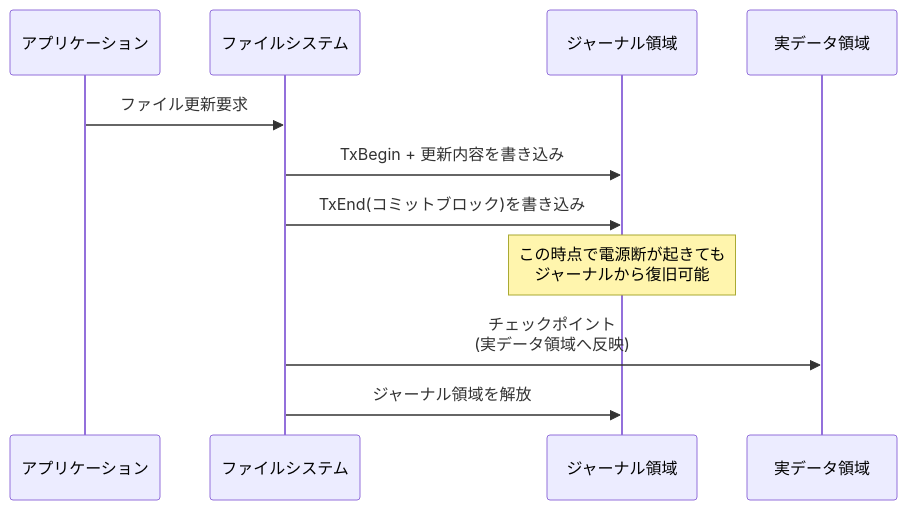
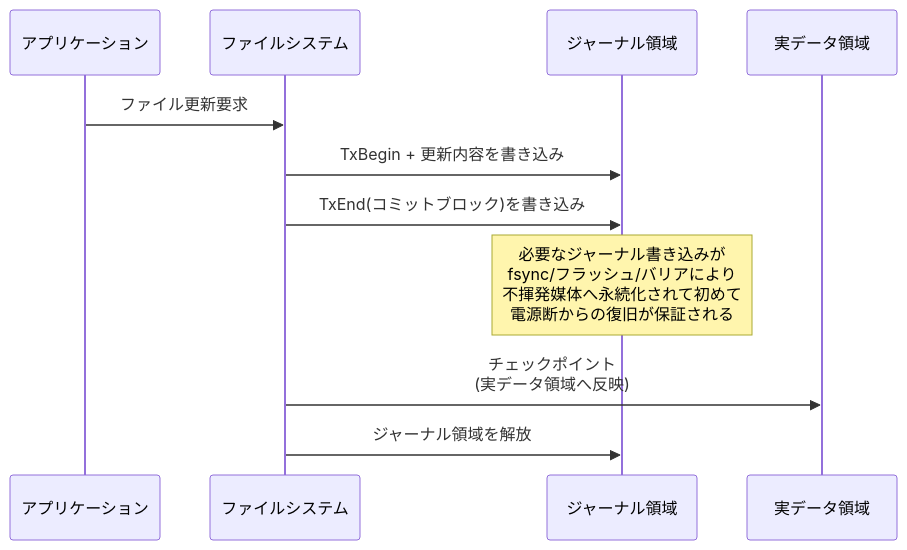
Diagram 42 of 56 in Operating-Systems-Three-Easy-Pieces.md (myoshi2891/Cloud-Infrastructure-Studies), drawn with Mermaid before and after one commit. The commit also changed other lines of this file, not shown here.

````diff
--- a/Operating-Systems-Three-Easy-Pieces.md
+++ b/Operating-Systems-Three-Easy-Pieces.md
@@ -1161,14 +1161,14 @@
 ```mermaid
 sequenceDiagram
     participant App as アプリケーション
     participant FS as ファイルシステム
     participant Journal as ジャーナル領域
     participant Data as 実データ領域
 
     App->>FS: ファイル更新要求
     FS->>Journal: TxBegin + 更新内容を書き込み
     FS->>Journal: TxEnd(コミットブロック)を書き込み
-    Note over Journal: この時点で電源断が起きても<br/>ジャーナルから復旧可能
+    Note over Journal: 必要なジャーナル書き込みが<br/>fsync/フラッシュ/バリアにより<br/>不揮発媒体へ永続化されて初めて<br/>電源断からの復旧が保証される
     FS->>Data: チェックポイント<br/>(実データ領域へ反映)
     FS->>Journal: ジャーナル領域を解放
 ```
````
